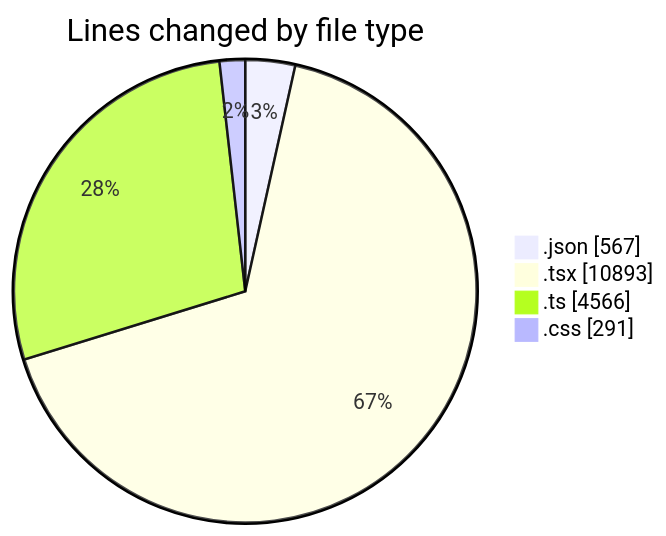
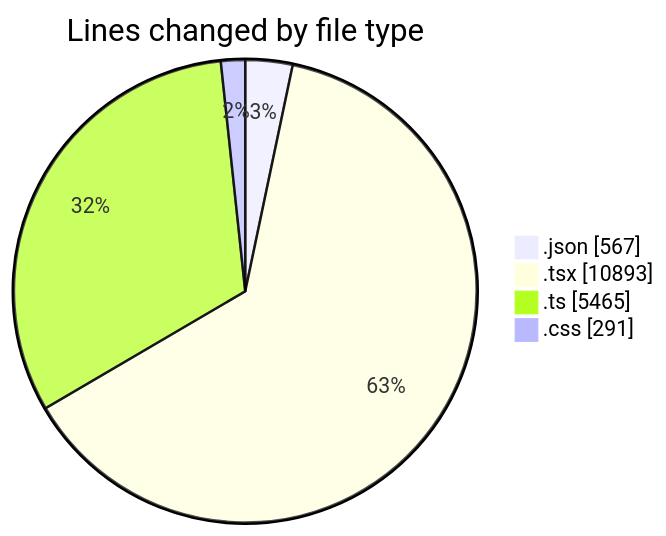
One commit to julien-gomy/code-tracking changed the first of 2 diagrams in 2025-10-07/eventscop-frontend-guide__workspace_/README.md. Above: the diagram before and after it, drawn with Mermaid. The commit also changed other lines of this file and 1 other file, not shown here.

````diff
--- a/2025-10-07/eventscop-frontend-guide__workspace_/README.md
+++ b/2025-10-07/eventscop-frontend-guide__workspace_/README.md
@@ -95,8 +96,8 @@
 ```mermaid
 pie showData
 title Lines changed by file type
 ".json" : 567
 ".tsx" : 10893
-".ts" : 4566
+".ts" : 5465
 ".css" : 291
 ```
````
